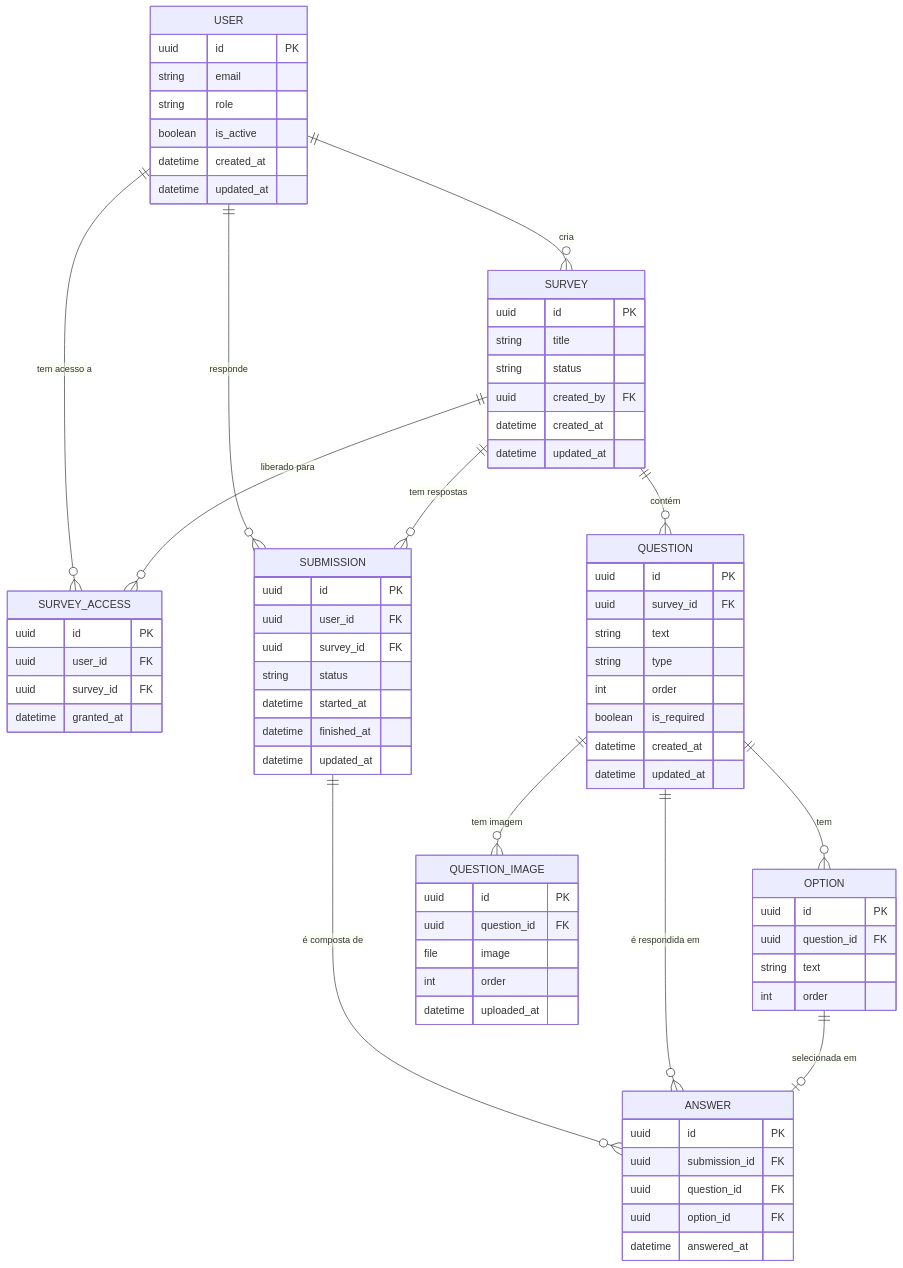
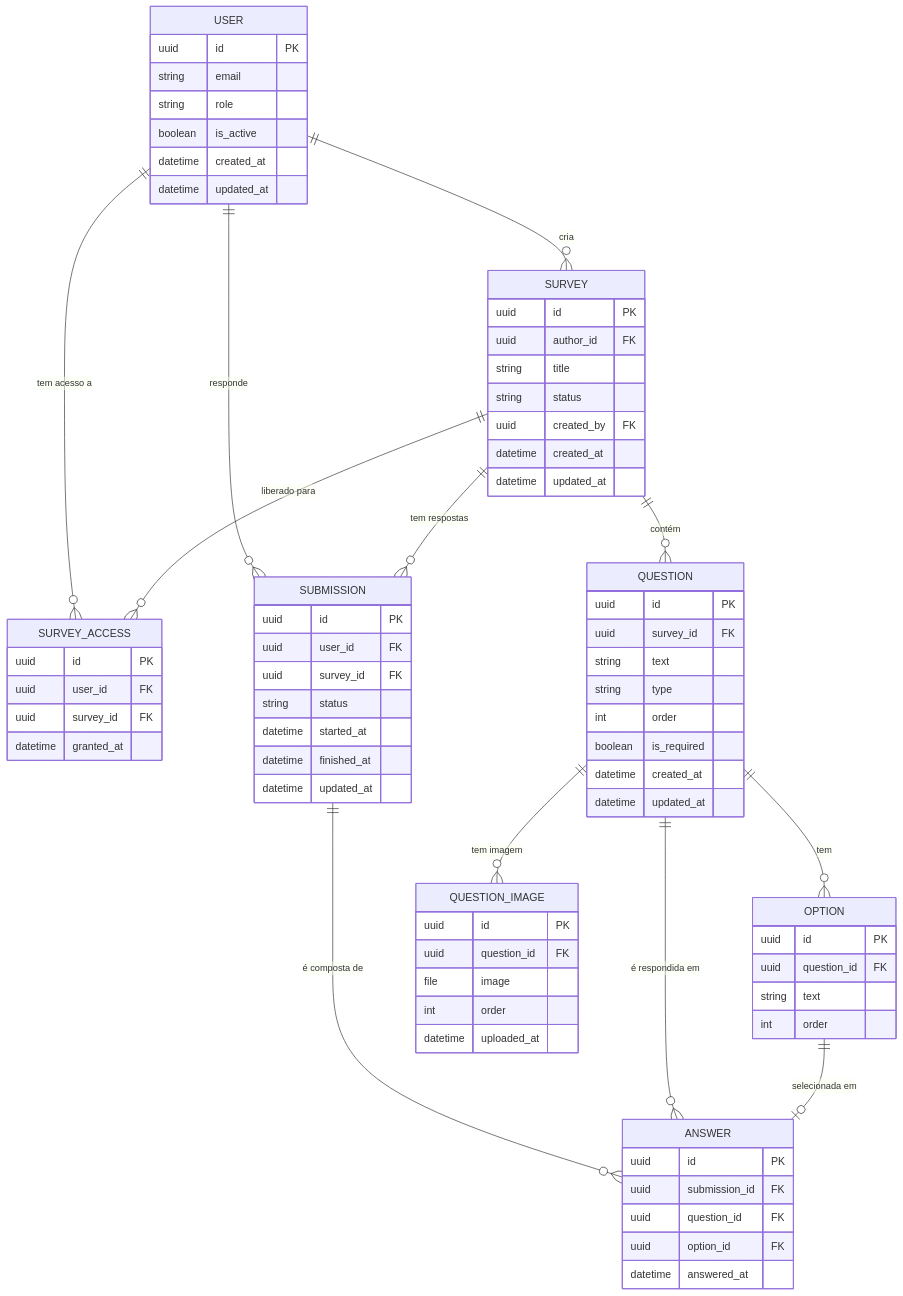
One commit to pdr-guilherme/api-questionarios changed the diagram in uml.md. Above: the diagram before and after it, drawn with Mermaid. The commit also changed 36 other files, not shown here.

```diff
--- a/uml.md
+++ b/uml.md
@@ -23,6 +23,7 @@
 
     SURVEY {
         uuid id PK
+        uuid author_id FK
         string title
         string status
         uuid created_by FK
```
